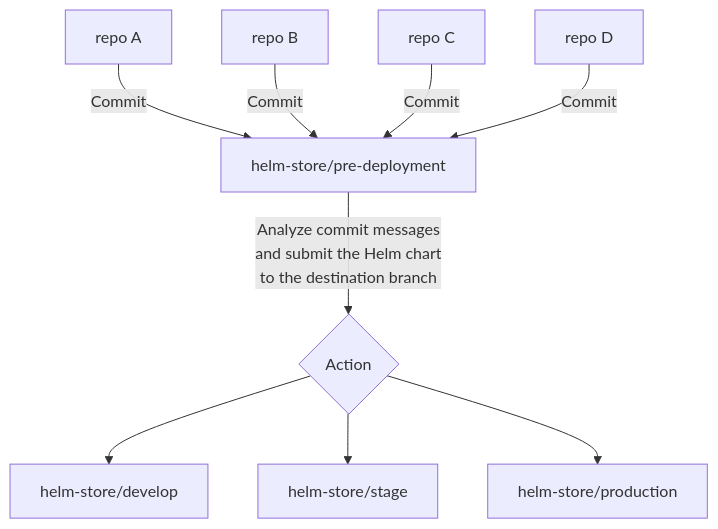
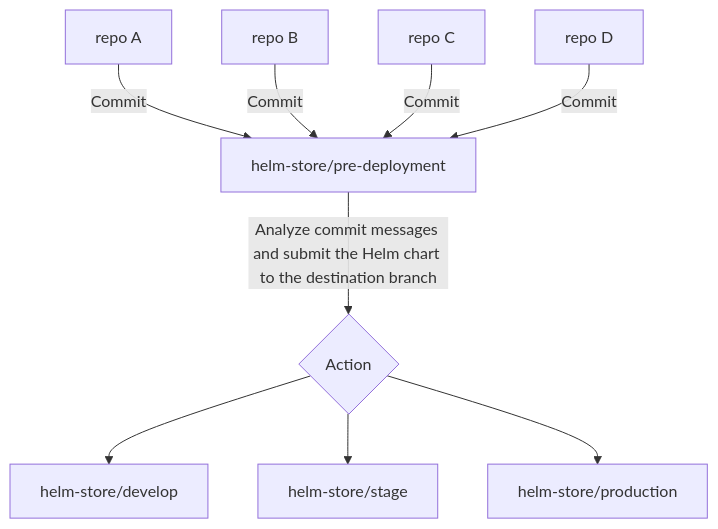
One commit to eduardo854/helm-store changed the diagram in README.md. Above: the diagram before and after it, drawn with Mermaid.

Commit message:
chore: updated readme.md with operational architecture

````diff
--- a/README.md
+++ b/README.md
@@ -6,13 +6,11 @@
 ```mermaid
-flowchart TD
-    A1[repo A] -->|Commit| B
-    A2[repo B] -->|Commit| B
-    A3[repo C] -->|Commit| B
-    A4[repo D] -->|Commit| B
-    B[helm-store/pre-deployment] -->|Analyze commit messages
-    and submit the Helm chart
-    to the destination branch| C{Action}
-    C --> D[helm-store/develop]
-    C --> E[helm-store/stage]
-    C --> F[helm-store/production]
+flowchart TD;
+    A1[repo A] -->|Commit| B;
+    A2[repo B] -->|Commit| B;
+    A3[repo C] -->|Commit| B;
+    A4[repo D] -->|Commit| B;
+    B[helm-store/pre-deployment] -->|Analyze commit messages and submit the Helm chart to the destination branch| C{Action};
+    C --> D[helm-store/develop];
+    C --> E[helm-store/stage];
+    C --> F[helm-store/production];
 ```
````
